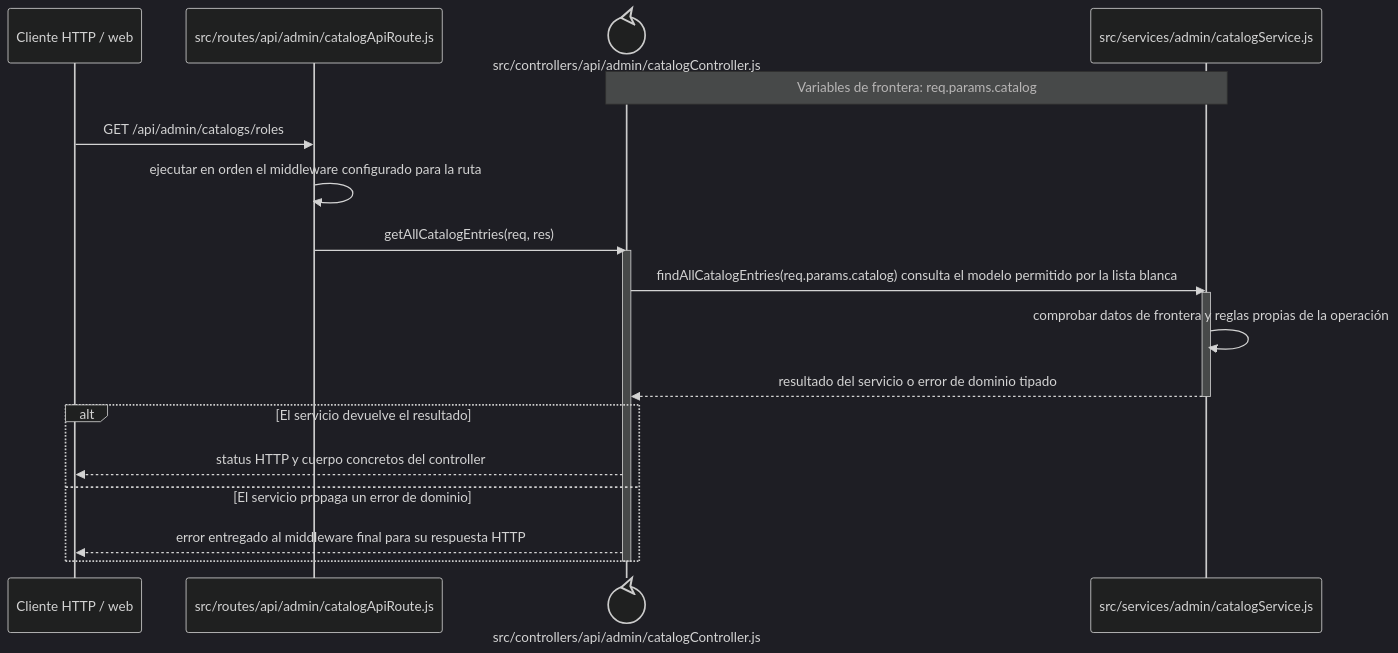
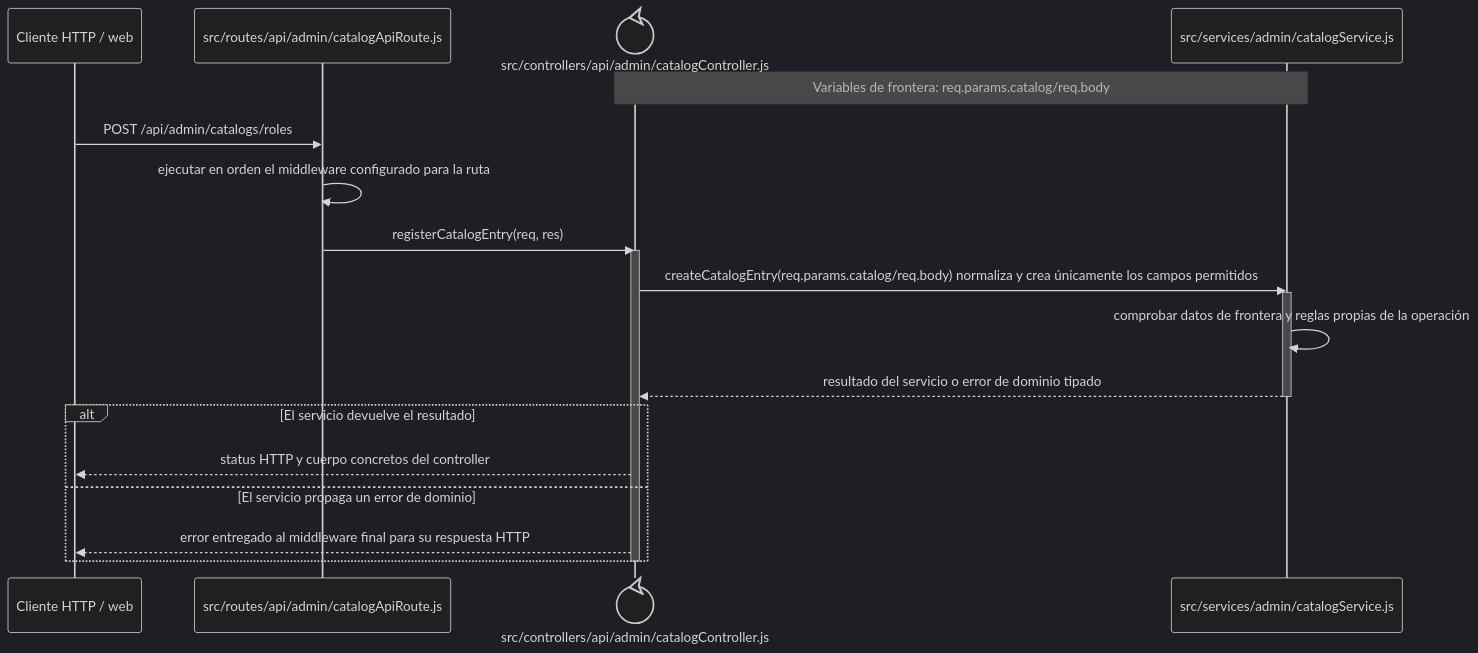
One commit to gpgsistemas01/nexus changed the diagram in docs/architecture/backend-code-sequences/catalogs/cu-cat-13.md. Above: the diagram before and after it, drawn with Mermaid (dark theme). The commit also changed other lines of this file and 167 other files, not shown here.

````diff
--- a/docs/architecture/backend-code-sequences/catalogs/cu-cat-13.md
+++ b/docs/architecture/backend-code-sequences/catalogs/cu-cat-13.md
@@ -6,24 +6,24 @@
 ```mermaid
 sequenceDiagram
     participant Client as Cliente HTTP / web
     participant Route as src/routes/api/admin/catalogApiRoute.js
     participant Controller@{ "type": "control" } as src/controllers/api/admin/catalogController.js
     participant Domain as src/services/admin/catalogService.js
-    Note over Controller,Domain: Variables de frontera: req.params.catalog
+    Note over Controller,Domain: Variables de frontera: req.params.catalog/req.body
 
-    Client->>Route: GET /api/admin/catalogs/roles
+    Client->>Route: POST /api/admin/catalogs/roles
     Route->>Route: ejecutar en orden el middleware configurado para la ruta
-    Route->>Controller: getAllCatalogEntries(req, res)
+    Route->>Controller: registerCatalogEntry(req, res)
     activate Controller
-    Controller->>Domain: findAllCatalogEntries(req.params.catalog) consulta el modelo permitido por la lista blanca
+    Controller->>Domain: createCatalogEntry(req.params.catalog/req.body) normaliza y crea únicamente los campos permitidos
     activate Domain
     Domain->>Domain: comprobar datos de frontera y reglas propias de la operación
     Domain-->>Controller: resultado del servicio o error de dominio tipado
     deactivate Domain
     alt El servicio devuelve el resultado
         Controller-->>Client: status HTTP y cuerpo concretos del controller
     else El servicio propaga un error de dominio
         Controller-->>Client: error entregado al middleware final para su respuesta HTTP
     end
     deactivate Controller
 ```
````
